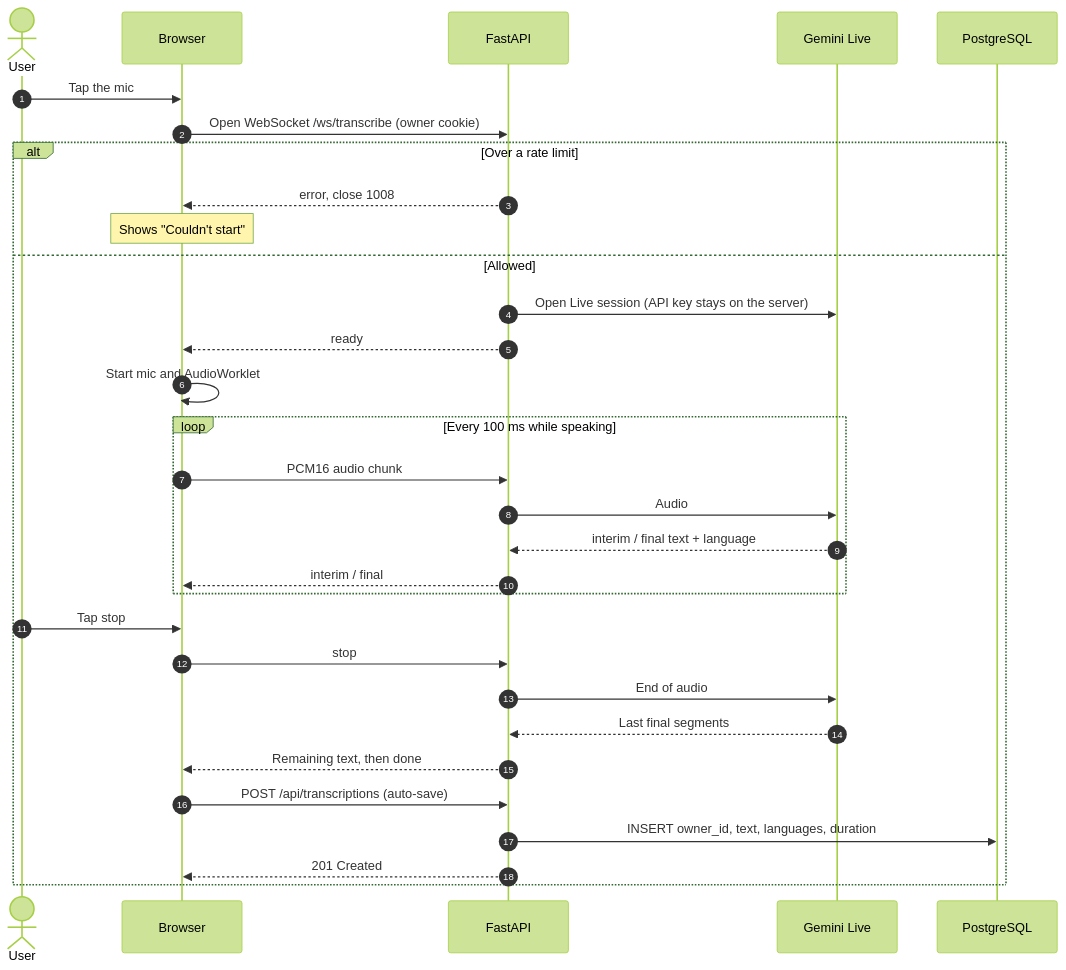
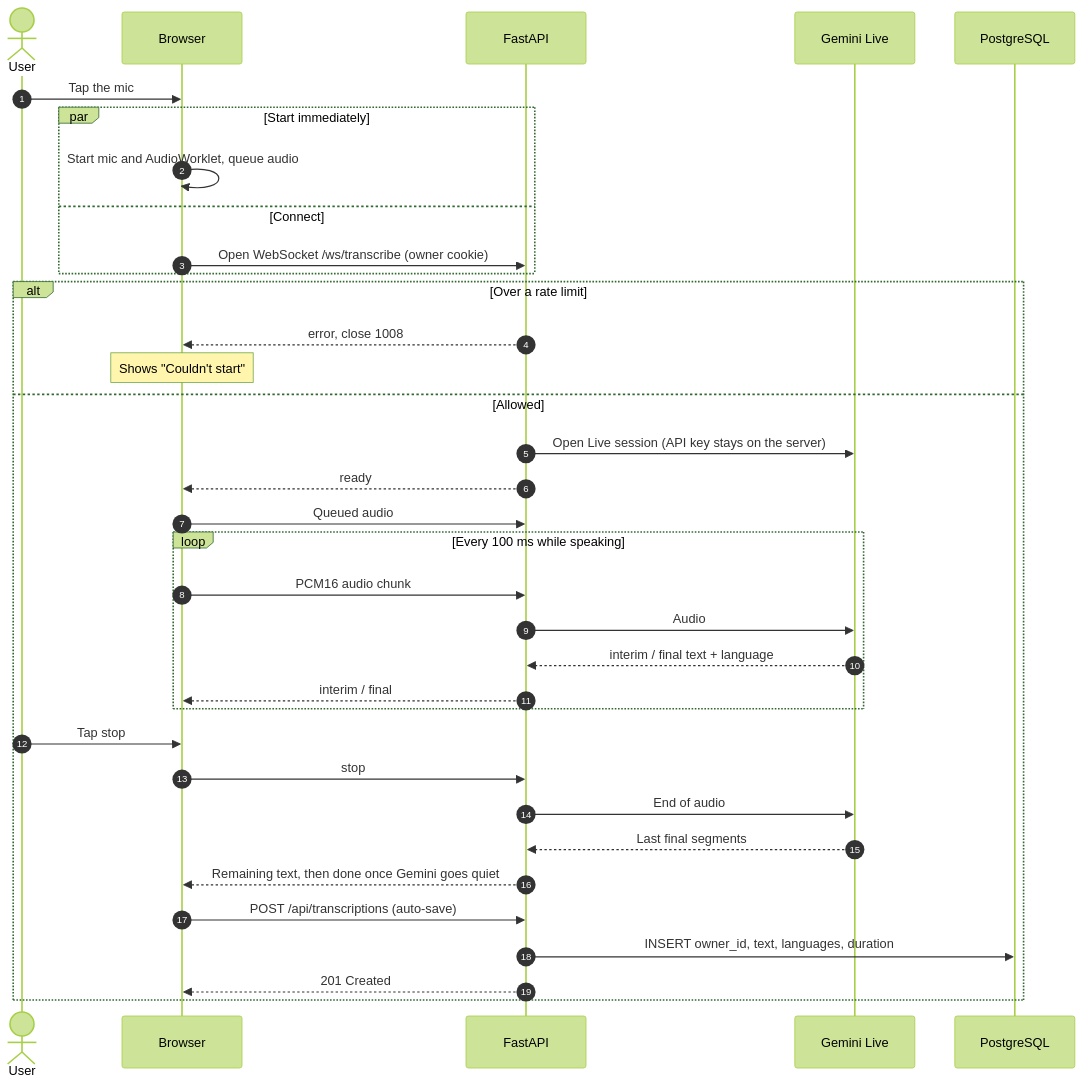
The second of 2 diagrams in README.md (Allenkd07/vaani), drawn with Mermaid (forest theme) before and after one commit. The commit also changed other lines of this file and 19 other files, not shown here.

````diff
--- a/README.md
+++ b/README.md
@@ -79,34 +80,38 @@
 ```mermaid
 sequenceDiagram
     autonumber
     actor User
     participant B as Browser
     participant S as FastAPI
     participant G as Gemini Live
     participant DB as PostgreSQL
 
     User->>B: Tap the mic
-    B->>S: Open WebSocket /ws/transcribe (owner cookie)
+    par Start immediately
+        B->>B: Start mic and AudioWorklet, queue audio
+    and Connect
+        B->>S: Open WebSocket /ws/transcribe (owner cookie)
+    end
     alt Over a rate limit
         S-->>B: error, close 1008
         Note over B: Shows "Couldn't start"
     else Allowed
         S->>G: Open Live session (API key stays on the server)
         S-->>B: ready
-        B->>B: Start mic and AudioWorklet
+        B->>S: Queued audio
         loop Every 100 ms while speaking
             B->>S: PCM16 audio chunk
             S->>G: Audio
             G-->>S: interim / final text + language
             S-->>B: interim / final
         end
         User->>B: Tap stop
         B->>S: stop
         S->>G: End of audio
         G-->>S: Last final segments
-        S-->>B: Remaining text, then done
+        S-->>B: Remaining text, then done once Gemini goes quiet
         B->>S: POST /api/transcriptions (auto-save)
         S->>DB: INSERT owner_id, text, languages, duration
         S-->>B: 201 Created
     end
 ```
````
